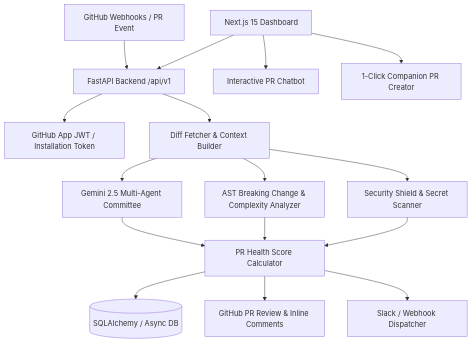
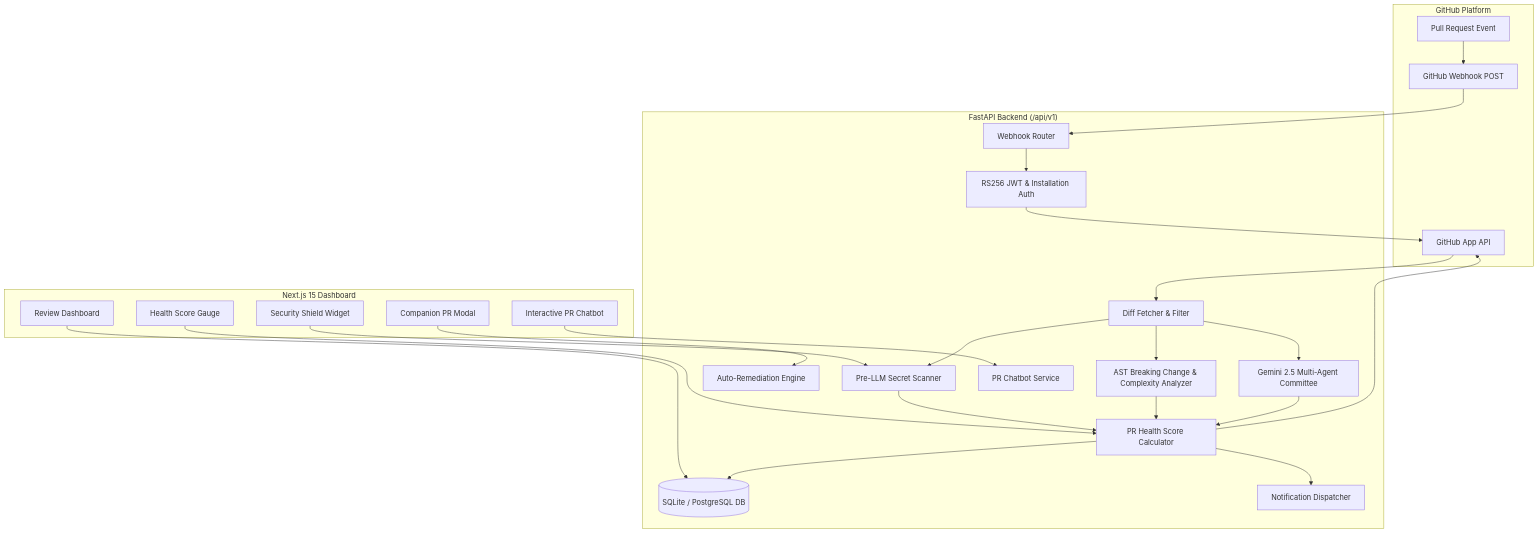
The first of 2 diagrams in README.md (Giancyril/Vet), drawn with Mermaid before and after one commit. The commit also changed other lines of this file, not shown here.

Commit message:
docs: revamp README.md with comprehensive enterprise architecture, benchmarks, and module specs

````diff
--- a/README.md
+++ b/README.md
@@ -33,22 +57,55 @@
 ```mermaid
 graph TD
-    GH[GitHub Webhooks / PR Event] --> FastAPI[FastAPI Backend /api/v1]
-    FastAPI --> Auth[GitHub App JWT / Installation Token]
-    FastAPI --> Diff[Diff Fetcher & Context Builder]
+    subgraph GitHub ["GitHub Platform"]
+        PR[Pull Request Event] --> Webhook[GitHub Webhook POST]
+        App[GitHub App API]
+    end
 
-    Diff --> Scanner[Security Shield & Secret Scanner]
-    Diff --> AST[AST Breaking Change & Complexity Analyzer]
-    Diff --> MultiAgent[Gemini 2.5 Multi-Agent Committee]
+    subgraph Backend ["FastAPI Backend (/api/v1)"]
+        Router[Webhook Router]
+        Auth[RS256 JWT & Installation Auth]
+        Diff[Diff Fetcher & Filter]
 
-    MultiAgent --> Health[PR Health Score Calculator]
-    AST --> Health
-    Scanner --> Health
+        SecretScan[Pre-LLM Secret Scanner]
+        ASTScan[AST Breaking Change & Complexity Analyzer]
+        MultiAgent[Gemini 2.5 Multi-Agent Committee]
 
-    Health --> DB[(SQLAlchemy / Async DB)]
-    Health --> GHComment[GitHub PR Review & Inline Comments]
-    Health --> Notify[Slack / Webhook Dispatcher]
+        HealthCalc[PR Health Score Calculator]
+        Remediation[Auto-Remediation Engine]
+        ChatSvc[PR Chatbot Service]
+        NotifySvc[Notification Dispatcher]
 
-    Next[Next.js 15 Dashboard] --> FastAPI
-    Next --> Chat[Interactive PR Chatbot]
-    Next --> Remediation[1-Click Companion PR Creator]
+        DB[(SQLite / PostgreSQL DB)]
+    end
+
+    subgraph Frontend ["Next.js 15 Dashboard"]
+        Dash[Review Dashboard]
+        Gauge[Health Score Gauge]
+        Shield[Security Shield Widget]
+        Modal[Companion PR Modal]
+        ChatWidget[Interactive PR Chatbot]
+    end
+
+    Webhook --> Router
+    Router --> Auth
+    Auth --> App
+    App --> Diff
+
+    Diff --> SecretScan
+    Diff --> ASTScan
+    Diff --> MultiAgent
+
+    SecretScan --> HealthCalc
+    ASTScan --> HealthCalc
+    MultiAgent --> HealthCalc
+
+    HealthCalc --> DB
+    HealthCalc --> App
+    HealthCalc --> NotifySvc
+
+    Dash --> DB
+    Gauge --> HealthCalc
+    Shield --> SecretScan
+    Modal --> Remediation
+    ChatWidget --> ChatSvc
 ```
````
